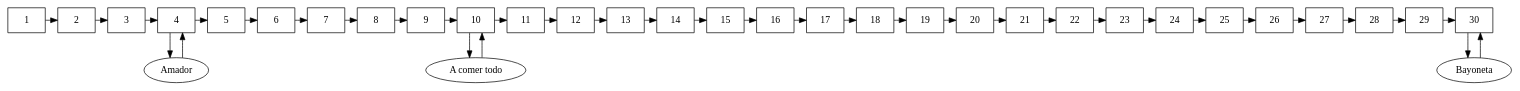
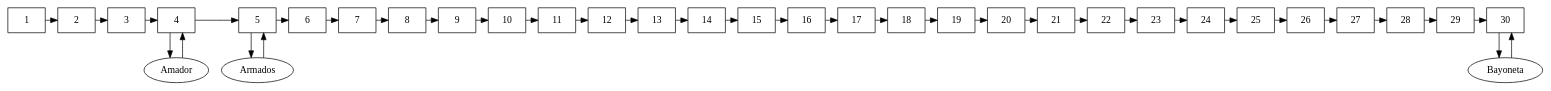
Before and after one commit to RojasCJP/EDD_VirtualMall_201900289: the diagram in templates/getAll.dot, drawn with Graphviz. The commit also changed 6 other files, not shown here.

```diff
--- a/templates/getAll.dot
+++ b/templates/getAll.dot
@@ -1,71 +1,71 @@
 digraph getAll {
 graph[splines="ortho"];
 Lista1[label="1",shape="box", group=1];
 Lista2[label="2",shape="box", group=2];
 Lista1->Lista2;
 Lista3[label="3",shape="box", group=3];
 Lista2->Lista3;
 Lista4[label="4",shape="box", group=4];
 elemento1[label="Amador",group=4];
 Lista4->elemento1;
  elemento1->Lista4;
 Lista3->Lista4;
 Lista5[label="5",shape="box", group=5];
+elemento2[label="Armados",group=5];
+Lista5->elemento2;
+ elemento2->Lista5;
 Lista4->Lista5;
 Lista6[label="6",shape="box", group=6];
 Lista5->Lista6;
 Lista7[label="7",shape="box", group=7];
 Lista6->Lista7;
 Lista8[label="8",shape="box", group=8];
 Lista7->Lista8;
 Lista9[label="9",shape="box", group=9];
 Lista8->Lista9;
 Lista10[label="10",shape="box", group=10];
-elemento2[label="A comer todo",group=10];
-Lista10->elemento2;
- elemento2->Lista10;
 Lista9->Lista10;
 Lista11[label="11",shape="box", group=11];
 Lista10->Lista11;
 Lista12[label="12",shape="box", group=12];
 Lista11->Lista12;
 Lista13[label="13",shape="box", group=13];
 Lista12->Lista13;
 Lista14[label="14",shape="box", group=14];
 Lista13->Lista14;
 Lista15[label="15",shape="box", group=15];
 Lista14->Lista15;
 Lista16[label="16",shape="box", group=16];
 Lista15->Lista16;
 Lista17[label="17",shape="box", group=17];
 Lista16->Lista17;
 Lista18[label="18",shape="box", group=18];
 Lista17->Lista18;
 Lista19[label="19",shape="box", group=19];
 Lista18->Lista19;
 Lista20[label="20",shape="box", group=20];
 Lista19->Lista20;
 Lista21[label="21",shape="box", group=21];
 Lista20->Lista21;
 Lista22[label="22",shape="box", group=22];
 Lista21->Lista22;
 Lista23[label="23",shape="box", group=23];
 Lista22->Lista23;
 Lista24[label="24",shape="box", group=24];
 Lista23->Lista24;
 Lista25[label="25",shape="box", group=25];
 Lista24->Lista25;
 Lista26[label="26",shape="box", group=26];
 Lista25->Lista26;
 Lista27[label="27",shape="box", group=27];
 Lista26->Lista27;
 Lista28[label="28",shape="box", group=28];
 Lista27->Lista28;
 Lista29[label="29",shape="box", group=29];
 Lista28->Lista29;
 Lista30[label="30",shape="box", group=30];
 elemento3[label="Bayoneta",group=30];
 Lista30->elemento3;
  elemento3->Lista30;
 Lista29->Lista30;
 {rank="same";Lista1;Lista2;Lista3;Lista4;Lista5;Lista6;Lista7;Lista8;Lista9;Lista10;Lista11;Lista12;Lista13;Lista14;Lista15;Lista16;Lista17;Lista18;Lista19;Lista20;Lista21;Lista22;Lista23;Lista24;Lista25;Lista26;Lista27;Lista28;Lista29;Lista30;}}
```
